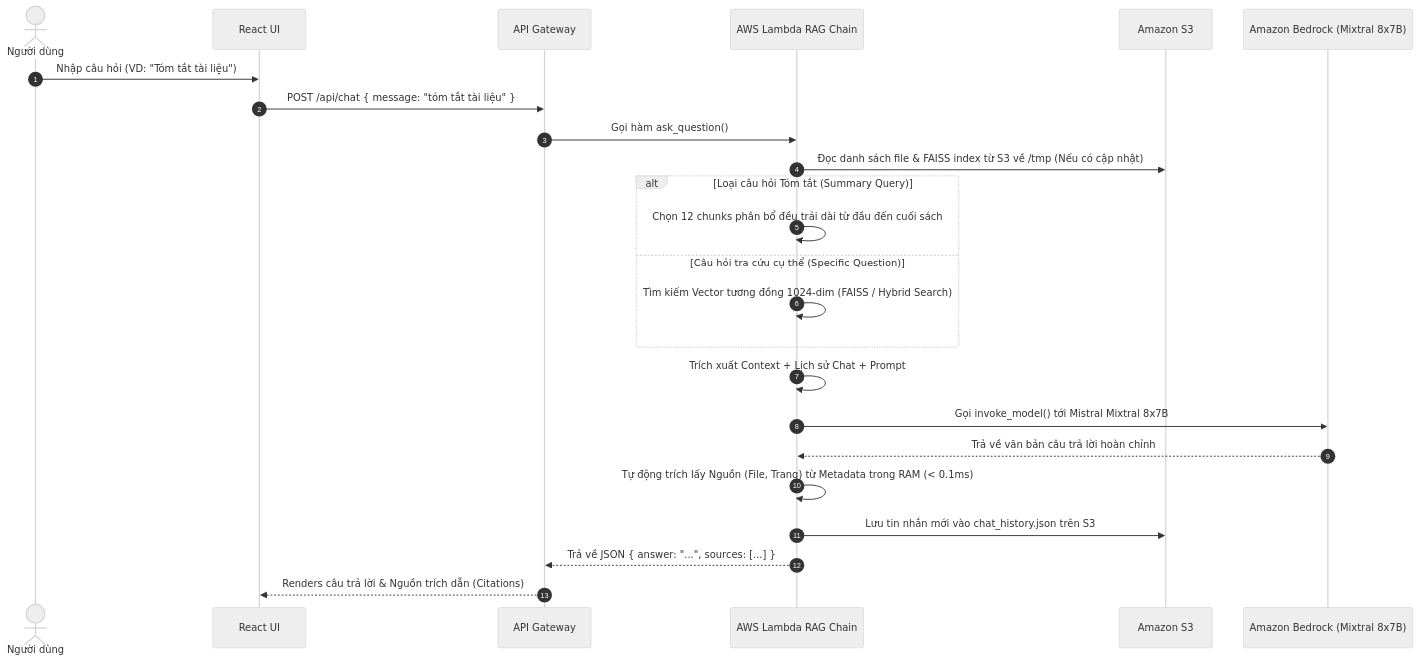
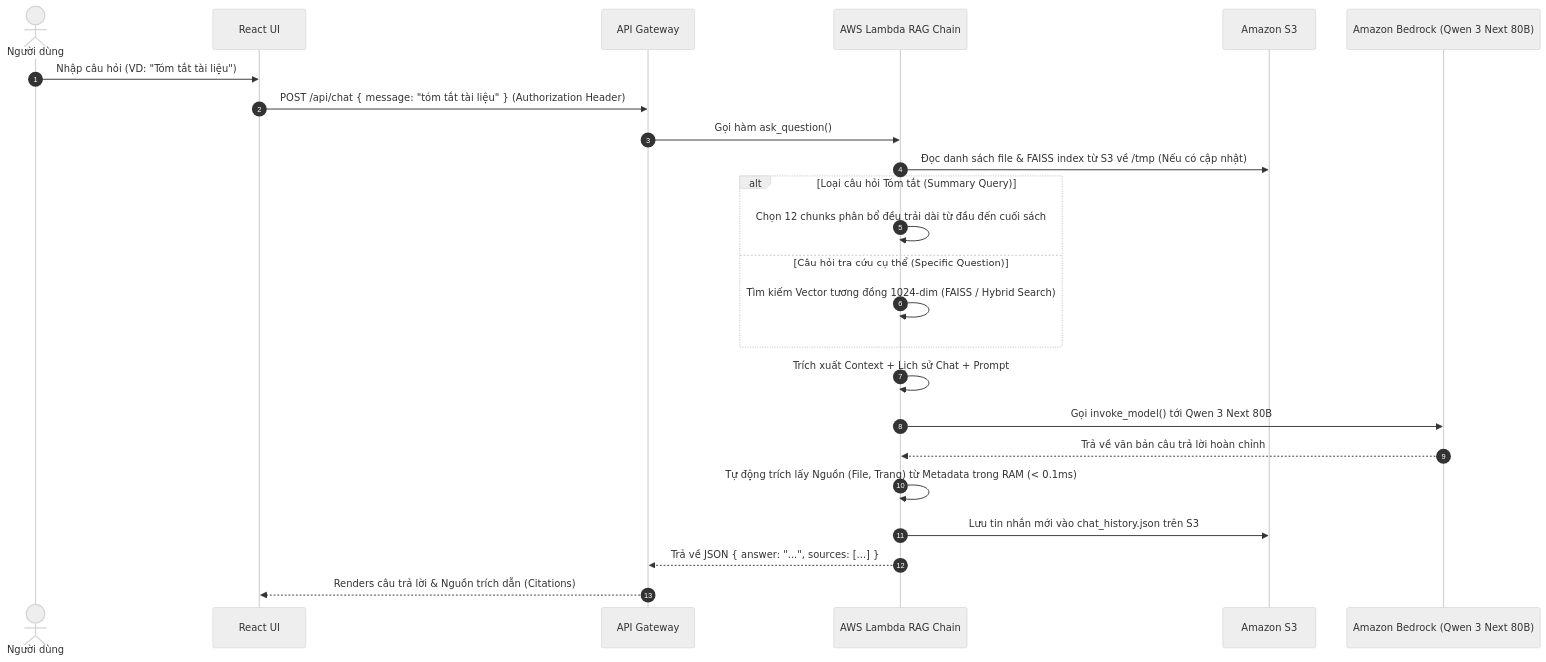
The fifth of 5 diagrams in HUONG_DAN_TRIEN_KHAI_VA_LUONG_HOAT_DONG_AWS.md (TakunKenjo/SmartdocAI-AWS), drawn with Mermaid (neutral theme) before and after one commit. The commit also changed other lines of this file, not shown here.

````diff
--- a/HUONG_DAN_TRIEN_KHAI_VA_LUONG_HOAT_DONG_AWS.md
+++ b/HUONG_DAN_TRIEN_KHAI_VA_LUONG_HOAT_DONG_AWS.md
@@ -151,30 +193,30 @@
 ```mermaid
 sequenceDiagram
     autonumber
     actor User as Người dùng
     participant UI as React UI
     participant GW as API Gateway
     participant Lambda as AWS Lambda RAG Chain
     participant S3 as Amazon S3
-    participant Bedrock as Amazon Bedrock (Mixtral 8x7B)
+    participant Bedrock as Amazon Bedrock (Qwen 3 Next 80B)
     
     User->>UI: Nhập câu hỏi (VD: "Tóm tắt tài liệu")
-    UI->>GW: POST /api/chat { message: "tóm tắt tài liệu" }
+    UI->>GW: POST /api/chat { message: "tóm tắt tài liệu" } (Authorization Header)
     GW->>Lambda: Gọi hàm ask_question()
     
     Lambda->>S3: Đọc danh sách file & FAISS index từ S3 về /tmp (Nếu có cập nhật)
     
     alt Loại câu hỏi Tóm tắt (Summary Query)
         Lambda->>Lambda: Chọn 12 chunks phân bổ đều trải dài từ đầu đến cuối sách
     else Câu hỏi tra cứu cụ thể (Specific Question)
         Lambda->>Lambda: Tìm kiếm Vector tương đồng 1024-dim (FAISS / Hybrid Search)
     end
     
     Lambda->>Lambda: Trích xuất Context + Lịch sử Chat + Prompt
-    Lambda->>Bedrock: Gọi invoke_model() tới Mistral Mixtral 8x7B
+    Lambda->>Bedrock: Gọi invoke_model() tới Qwen 3 Next 80B
     Bedrock-->>Lambda: Trả về văn bản câu trả lời hoàn chỉnh
     Lambda->>Lambda: Tự động trích lấy Nguồn (File, Trang) từ Metadata trong RAM (< 0.1ms)
     Lambda->>S3: Lưu tin nhắn mới vào chat_history.json trên S3
     Lambda-->>GW: Trả về JSON { answer: "...", sources: [...] }
     GW-->>UI: Renders câu trả lời & Nguồn trích dẫn (Citations)
 ```
````
